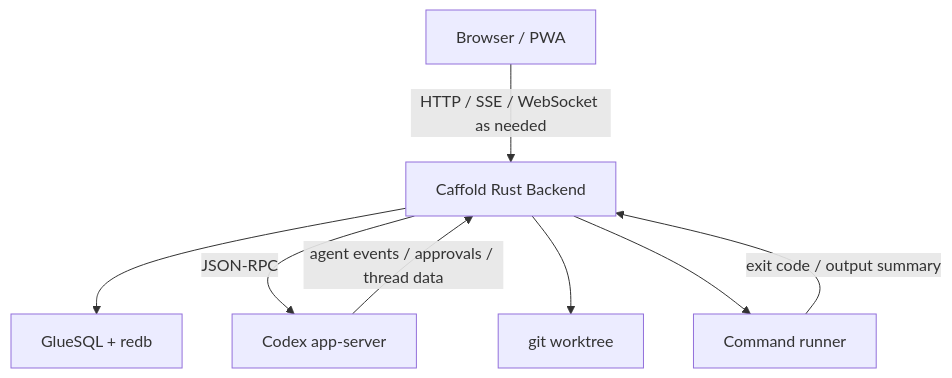
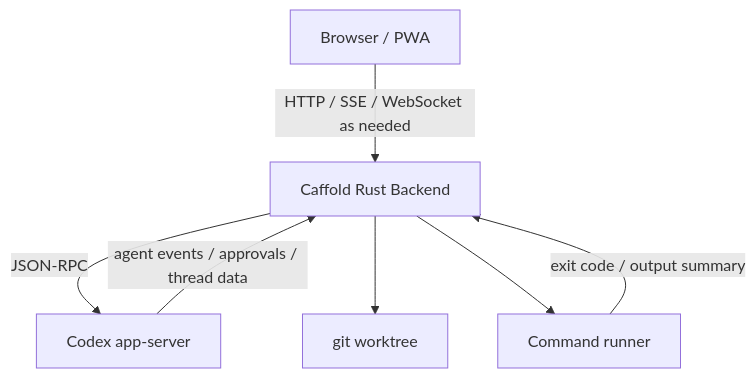
Before and after one commit to panarch/caffold: the diagram in docs/public/architecture.md, drawn with Mermaid. The commit also changed other lines of this file and 28 other files, not shown here.

````diff
--- a/docs/public/architecture.md
+++ b/docs/public/architecture.md
@@ -9,17 +9,15 @@
 ```mermaid
 flowchart TD
     PWA["Browser / PWA"]
     Backend["Caffold Rust Backend"]
-    DB["GlueSQL + redb"]
     AppServer["Codex app-server"]
     Git["git worktree"]
     Commands["Command runner"]
 
     PWA -->|"HTTP / SSE / WebSocket as needed"| Backend
-    Backend --> DB
     Backend -->|"JSON-RPC"| AppServer
     Backend --> Git
     Backend --> Commands
     AppServer -->|"agent events / approvals / thread data"| Backend
     Commands -->|"exit code / output summary"| Backend
 ```
````
